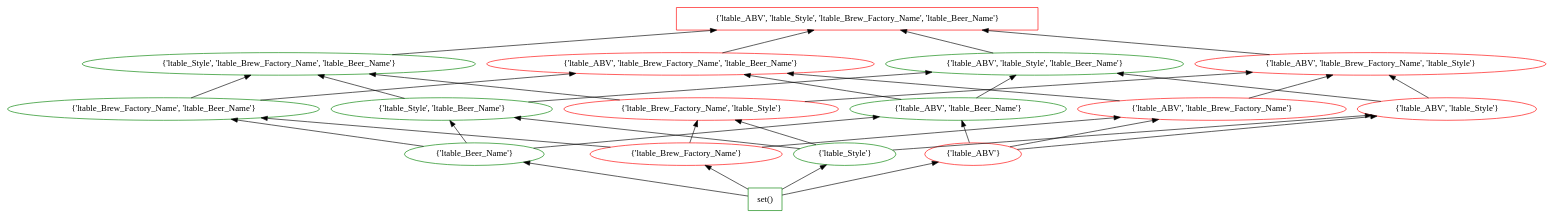
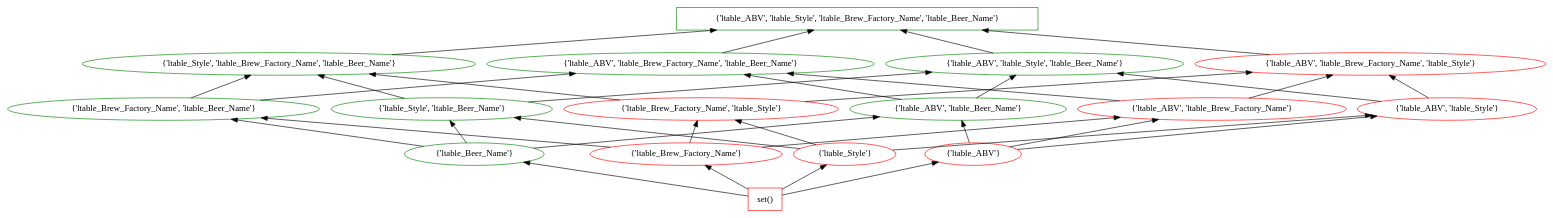
The diagram in data/beers/dm/2/lattice_0.dot (tteofili/certem), drawn with Graphviz before and after one commit. The commit also changed 561 other files, not shown here.

```diff
--- a/data/beers/dm/2/lattice_0.dot
+++ b/data/beers/dm/2/lattice_0.dot
@@ -1,54 +1,54 @@
 digraph G {
 splines="line"
 rankdir=BT
 "{'ltable_ABV', 'ltable_Style', 'ltable_Brew_Factory_Name', 'ltable_Beer_Name'}" [shape=box];
 "set()" [shape=box];
-"set()" [color=green];
+"set()" [color=red];
 "set()" -> "{'ltable_Beer_Name'}";
 "set()" -> "{'ltable_Brew_Factory_Name'}";
 "set()" -> "{'ltable_Style'}";
 "set()" -> "{'ltable_ABV'}";
 "{'ltable_Beer_Name'}" [color=green];
 "{'ltable_Beer_Name'}" -> "{'ltable_Brew_Factory_Name', 'ltable_Beer_Name'}";
 "{'ltable_Beer_Name'}" -> "{'ltable_Style', 'ltable_Beer_Name'}";
 "{'ltable_Beer_Name'}" -> "{'ltable_ABV', 'ltable_Beer_Name'}";
 "{'ltable_Brew_Factory_Name'}" [color=red];
 "{'ltable_Brew_Factory_Name'}" -> "{'ltable_Brew_Factory_Name', 'ltable_Beer_Name'}";
 "{'ltable_Brew_Factory_Name'}" -> "{'ltable_Brew_Factory_Name', 'ltable_Style'}";
 "{'ltable_Brew_Factory_Name'}" -> "{'ltable_ABV', 'ltable_Brew_Factory_Name'}";
-"{'ltable_Style'}" [color=green];
+"{'ltable_Style'}" [color=red];
 "{'ltable_Style'}" -> "{'ltable_Style', 'ltable_Beer_Name'}";
 "{'ltable_Style'}" -> "{'ltable_Brew_Factory_Name', 'ltable_Style'}";
 "{'ltable_Style'}" -> "{'ltable_ABV', 'ltable_Style'}";
 "{'ltable_ABV'}" [color=red];
 "{'ltable_ABV'}" -> "{'ltable_ABV', 'ltable_Beer_Name'}";
 "{'ltable_ABV'}" -> "{'ltable_ABV', 'ltable_Brew_Factory_Name'}";
 "{'ltable_ABV'}" -> "{'ltable_ABV', 'ltable_Style'}";
 "{'ltable_Brew_Factory_Name', 'ltable_Beer_Name'}" [color=green];
 "{'ltable_Brew_Factory_Name', 'ltable_Beer_Name'}" -> "{'ltable_Style', 'ltable_Brew_Factory_Name', 'ltable_Beer_Name'}";
 "{'ltable_Brew_Factory_Name', 'ltable_Beer_Name'}" -> "{'ltable_ABV', 'ltable_Brew_Factory_Name', 'ltable_Beer_Name'}";
 "{'ltable_Style', 'ltable_Beer_Name'}" [color=green];
 "{'ltable_Style', 'ltable_Beer_Name'}" -> "{'ltable_Style', 'ltable_Brew_Factory_Name', 'ltable_Beer_Name'}";
 "{'ltable_Style', 'ltable_Beer_Name'}" -> "{'ltable_ABV', 'ltable_Style', 'ltable_Beer_Name'}";
 "{'ltable_ABV', 'ltable_Beer_Name'}" [color=green];
 "{'ltable_ABV', 'ltable_Beer_Name'}" -> "{'ltable_ABV', 'ltable_Brew_Factory_Name', 'ltable_Beer_Name'}";
 "{'ltable_ABV', 'ltable_Beer_Name'}" -> "{'ltable_ABV', 'ltable_Style', 'ltable_Beer_Name'}";
 "{'ltable_Brew_Factory_Name', 'ltable_Style'}" [color=red];
 "{'ltable_Brew_Factory_Name', 'ltable_Style'}" -> "{'ltable_Style', 'ltable_Brew_Factory_Name', 'ltable_Beer_Name'}";
 "{'ltable_Brew_Factory_Name', 'ltable_Style'}" -> "{'ltable_ABV', 'ltable_Brew_Factory_Name', 'ltable_Style'}";
 "{'ltable_ABV', 'ltable_Brew_Factory_Name'}" [color=red];
 "{'ltable_ABV', 'ltable_Brew_Factory_Name'}" -> "{'ltable_ABV', 'ltable_Brew_Factory_Name', 'ltable_Beer_Name'}";
 "{'ltable_ABV', 'ltable_Brew_Factory_Name'}" -> "{'ltable_ABV', 'ltable_Brew_Factory_Name', 'ltable_Style'}";
 "{'ltable_ABV', 'ltable_Style'}" [color=red];
 "{'ltable_ABV', 'ltable_Style'}" -> "{'ltable_ABV', 'ltable_Style', 'ltable_Beer_Name'}";
 "{'ltable_ABV', 'ltable_Style'}" -> "{'ltable_ABV', 'ltable_Brew_Factory_Name', 'ltable_Style'}";
 "{'ltable_Style', 'ltable_Brew_Factory_Name', 'ltable_Beer_Name'}" [color=green];
 "{'ltable_Style', 'ltable_Brew_Factory_Name', 'ltable_Beer_Name'}" -> "{'ltable_ABV', 'ltable_Style', 'ltable_Brew_Factory_Name', 'ltable_Beer_Name'}";
-"{'ltable_ABV', 'ltable_Brew_Factory_Name', 'ltable_Beer_Name'}" [color=red];
+"{'ltable_ABV', 'ltable_Brew_Factory_Name', 'ltable_Beer_Name'}" [color=green];
 "{'ltable_ABV', 'ltable_Brew_Factory_Name', 'ltable_Beer_Name'}" -> "{'ltable_ABV', 'ltable_Style', 'ltable_Brew_Factory_Name', 'ltable_Beer_Name'}";
 "{'ltable_ABV', 'ltable_Style', 'ltable_Beer_Name'}" [color=green];
 "{'ltable_ABV', 'ltable_Style', 'ltable_Beer_Name'}" -> "{'ltable_ABV', 'ltable_Style', 'ltable_Brew_Factory_Name', 'ltable_Beer_Name'}";
 "{'ltable_ABV', 'ltable_Brew_Factory_Name', 'ltable_Style'}" [color=red];
 "{'ltable_ABV', 'ltable_Brew_Factory_Name', 'ltable_Style'}" -> "{'ltable_ABV', 'ltable_Style', 'ltable_Brew_Factory_Name', 'ltable_Beer_Name'}";
-"{'ltable_ABV', 'ltable_Style', 'ltable_Brew_Factory_Name', 'ltable_Beer_Name'}" [color=red];
+"{'ltable_ABV', 'ltable_Style', 'ltable_Brew_Factory_Name', 'ltable_Beer_Name'}" [color=green];
 }
```
